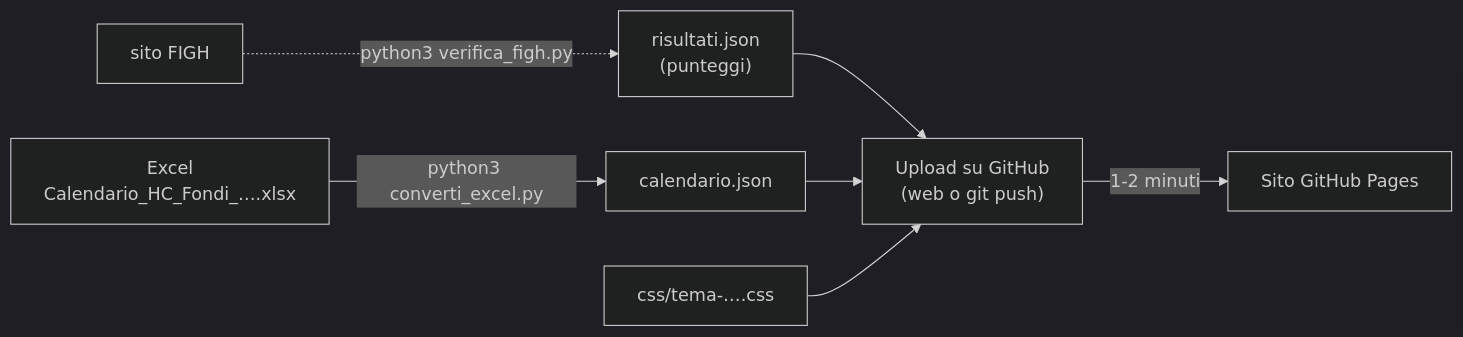
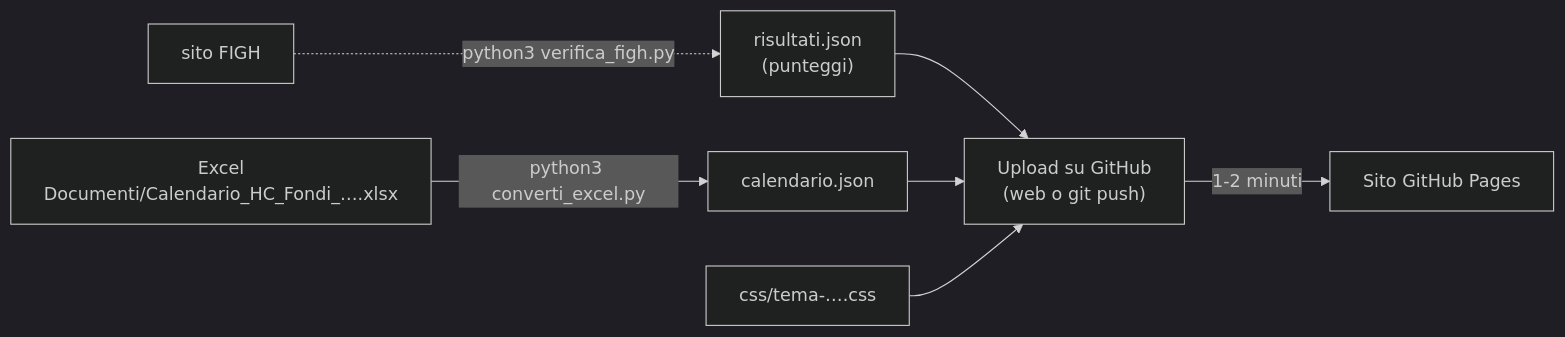
One commit to SharkenCode80/HC_Fondi_26_27 changed the first of 2 diagrams in README.md. Above: the diagram before and after it, drawn with Mermaid (dark theme). The commit also changed other lines of this file and 15 other files, not shown here.

````diff
--- a/README.md
+++ b/README.md
@@ -115,9 +114,9 @@
 ```mermaid
 flowchart LR
-    X["Excel<br/>Calendario_HC_Fondi_….xlsx"] -->|python3 converti_excel.py| J["calendario.json"]
+    X["Excel<br/>Documenti/Calendario_HC_Fondi_….xlsx"] -->|python3 converti_excel.py| J["calendario.json"]
     F["sito FIGH"] -.->|python3 verifica_figh.py| R
     R["risultati.json<br/>(punteggi)"] --> G
     J --> G["Upload su GitHub<br/>(web o git push)"]
     C["css/tema-….css"] --> G
     G -->|1-2 minuti| S["Sito GitHub Pages"]
 ```
````
